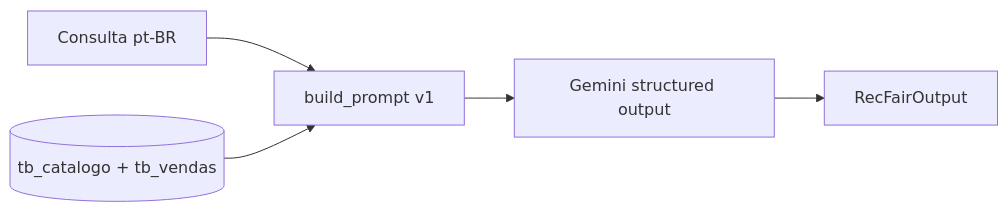
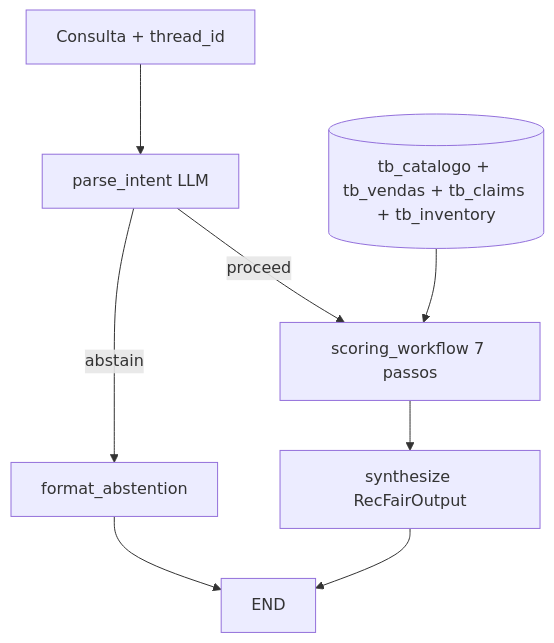
One commit to andluizsouza/unicamp-llm-agents changed the diagram in recfair/docs/architecture.md. Above: the diagram before and after it, drawn with Mermaid. The commit also changed other lines of this file and 33 other files, not shown here.

Commit message:
feat: enhance scoring engine and update architecture to workflow

````diff
--- a/recfair/docs/architecture.md
+++ b/recfair/docs/architecture.md
@@ -8,7 +8,10 @@
 ```mermaid
-flowchart LR
-    user[Consulta pt-BR] --> prompt[build_prompt v1]
-    data[(tb_catalogo + tb_vendas)] --> prompt
-    prompt --> llm[Gemini structured output]
-    llm --> out[RecFairOutput]
+flowchart TD
+    user[Consulta + thread_id] --> intent[parse_intent LLM]
+    intent -->|abstain| abstain[format_abstention]
+    intent -->|proceed| score[scoring_workflow 7 passos]
+    score --> synth[synthesize RecFairOutput]
+    abstain --> endNode[END]
+    synth --> endNode
+    sqlite[(tb_catalogo + tb_vendas + tb_claims + tb_inventory)] --> score
 ```
````
